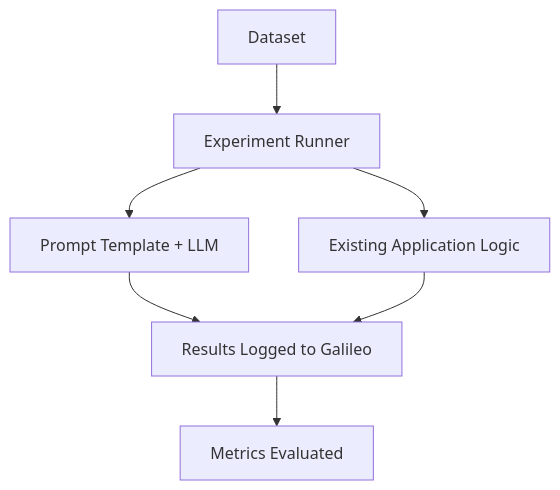
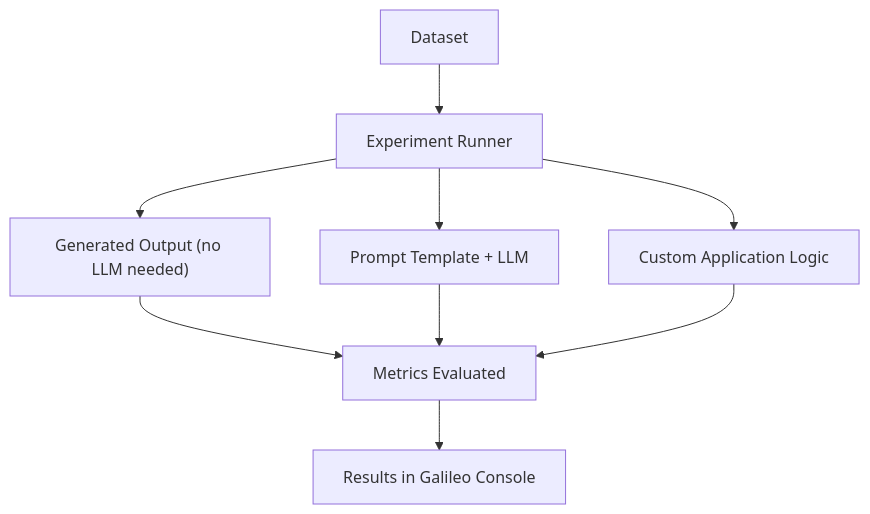
Before and after one commit to rungalileo/docs-official: the diagram in sdk-api/experiments/running-experiments.mdx, drawn with Mermaid. The commit also changed other lines of this file and 2 other files, not shown here.

First line of the commit message:
docs: add generated output flow as primary experiment approach

````diff
--- a/sdk-api/experiments/running-experiments.mdx
+++ b/sdk-api/experiments/running-experiments.mdx
@@ -65,9 +67,11 @@
 ```mermaid
 flowchart TD
     A[Dataset] --> B[Experiment Runner]
-    B --> C[Prompt Template + LLM]
-    B --> D[Existing Application Logic]
-    C --> E[Results Logged to Galileo]
-    D --> E[Results Logged to Galileo]
-    E --> F[Metrics Evaluated]
+    B --> C["Generated Output (no LLM needed)"]
+    B --> D[Prompt Template + LLM]
+    B --> E[Custom Application Logic]
+    C --> F[Metrics Evaluated]
+    D --> F
+    E --> F
+    F --> G[Results in Galileo Console]
 ```
````
